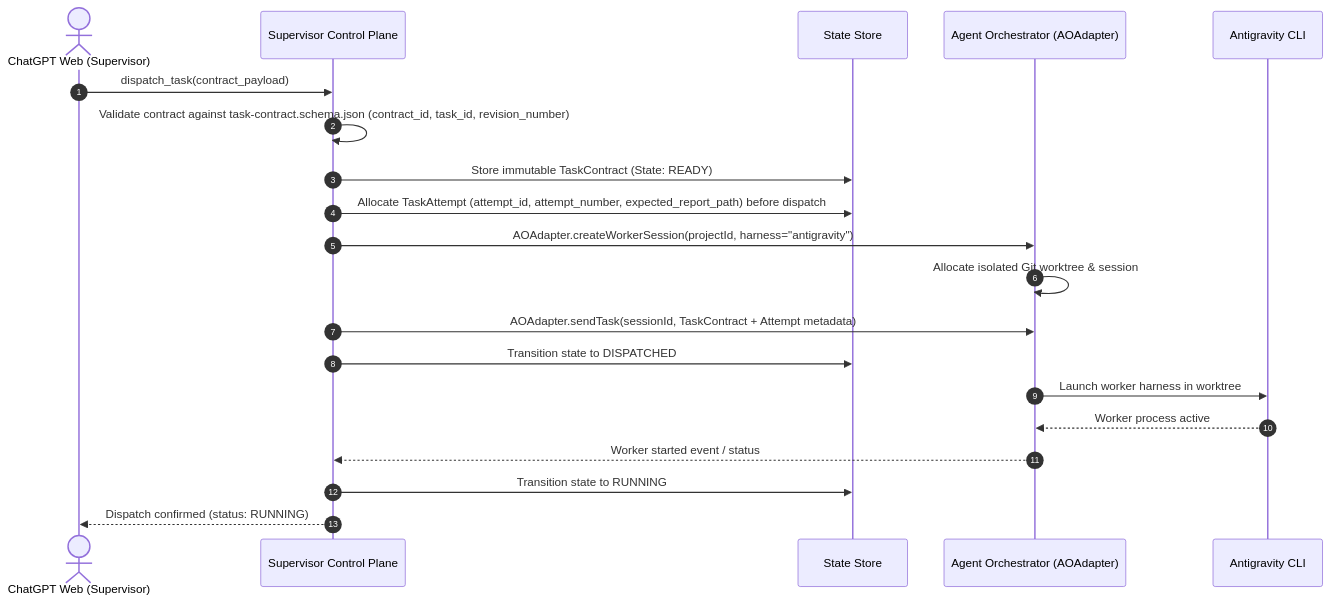
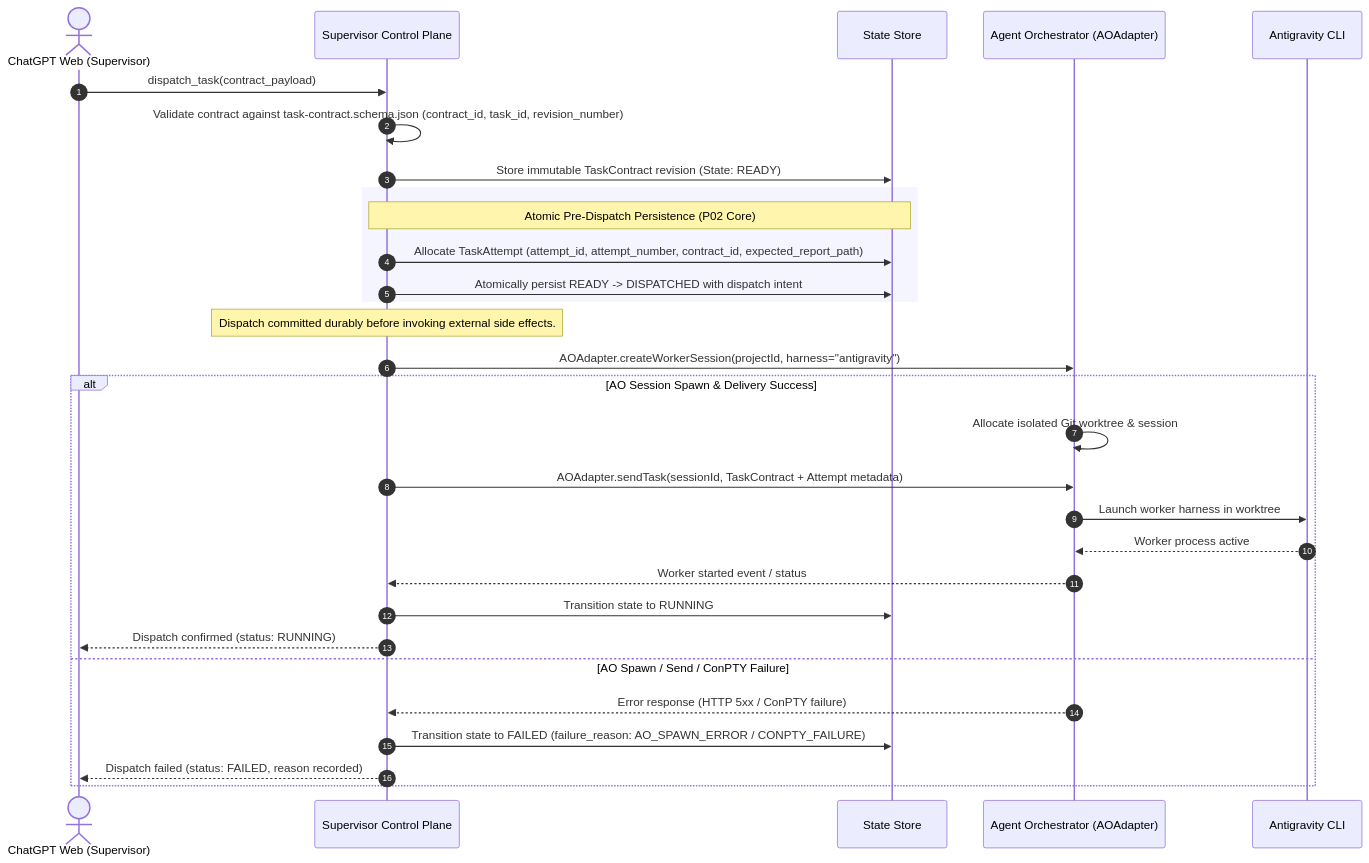
One commit to trungqwe/ai-supervisor changed the first of 2 diagrams in docs/04_ARCHITECTURE.md. Above: the diagram before and after it, drawn with Mermaid. The commit also changed 8 other files, not shown here.

````diff
--- a/docs/04_ARCHITECTURE.md
+++ b/docs/04_ARCHITECTURE.md
@@ -60,23 +60,33 @@
 ```mermaid
 sequenceDiagram
     autonumber
     actor ChatGPT as ChatGPT Web (Supervisor)
     participant SCP as Supervisor Control Plane
     participant DB as State Store
     participant AO as Agent Orchestrator (AOAdapter)
     participant Agy as Antigravity CLI
 
     ChatGPT->>SCP: dispatch_task(contract_payload)
     SCP->>SCP: Validate contract against task-contract.schema.json (contract_id, task_id, revision_number)
-    SCP->>DB: Store immutable TaskContract (State: READY)
-    SCP->>DB: Allocate TaskAttempt (attempt_id, attempt_number, expected_report_path) before dispatch
+    SCP->>DB: Store immutable TaskContract revision (State: READY)
+    rect rgb(245, 245, 255)
+        Note over SCP,DB: Atomic Pre-Dispatch Persistence (P02 Core)
+        SCP->>DB: Allocate TaskAttempt (attempt_id, attempt_number, contract_id, expected_report_path)
+        SCP->>DB: Atomically persist READY -> DISPATCHED with dispatch intent
+    end
+    Note over SCP: Dispatch committed durably before invoking external side effects.
     SCP->>AO: AOAdapter.createWorkerSession(projectId, harness="antigravity")
-    AO->>AO: Allocate isolated Git worktree & session
-    SCP->>AO: AOAdapter.sendTask(sessionId, TaskContract + Attempt metadata)
-    SCP->>DB: Transition state to DISPATCHED
-    AO->>Agy: Launch worker harness in worktree
-    Agy-->>AO: Worker process active
-    AO-->>SCP: Worker started event / status
-    SCP->>DB: Transition state to RUNNING
-    SCP-->>ChatGPT: Dispatch confirmed (status: RUNNING)
+    alt AO Session Spawn & Delivery Success
+        AO->>AO: Allocate isolated Git worktree & session
+        SCP->>AO: AOAdapter.sendTask(sessionId, TaskContract + Attempt metadata)
+        AO->>Agy: Launch worker harness in worktree
+        Agy-->>AO: Worker process active
+        AO-->>SCP: Worker started event / status
+        SCP->>DB: Transition state to RUNNING
+        SCP-->>ChatGPT: Dispatch confirmed (status: RUNNING)
+    else AO Spawn / Send / ConPTY Failure
+        AO-->>SCP: Error response (HTTP 5xx / ConPTY failure)
+        SCP->>DB: Transition state to FAILED (failure_reason: AO_SPAWN_ERROR / CONPTY_FAILURE)
+        SCP-->>ChatGPT: Dispatch failed (status: FAILED, reason recorded)
+    end
 ```
````
